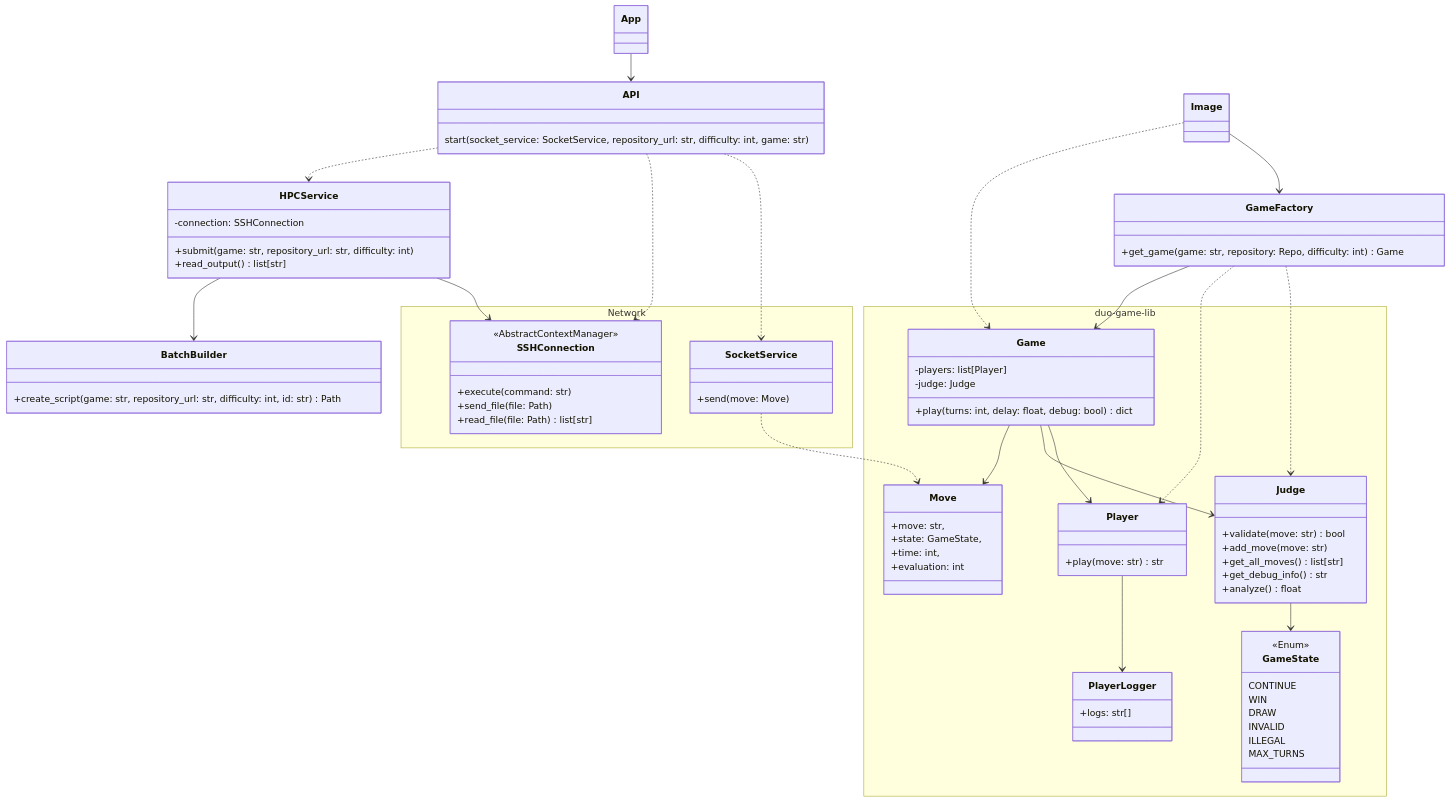
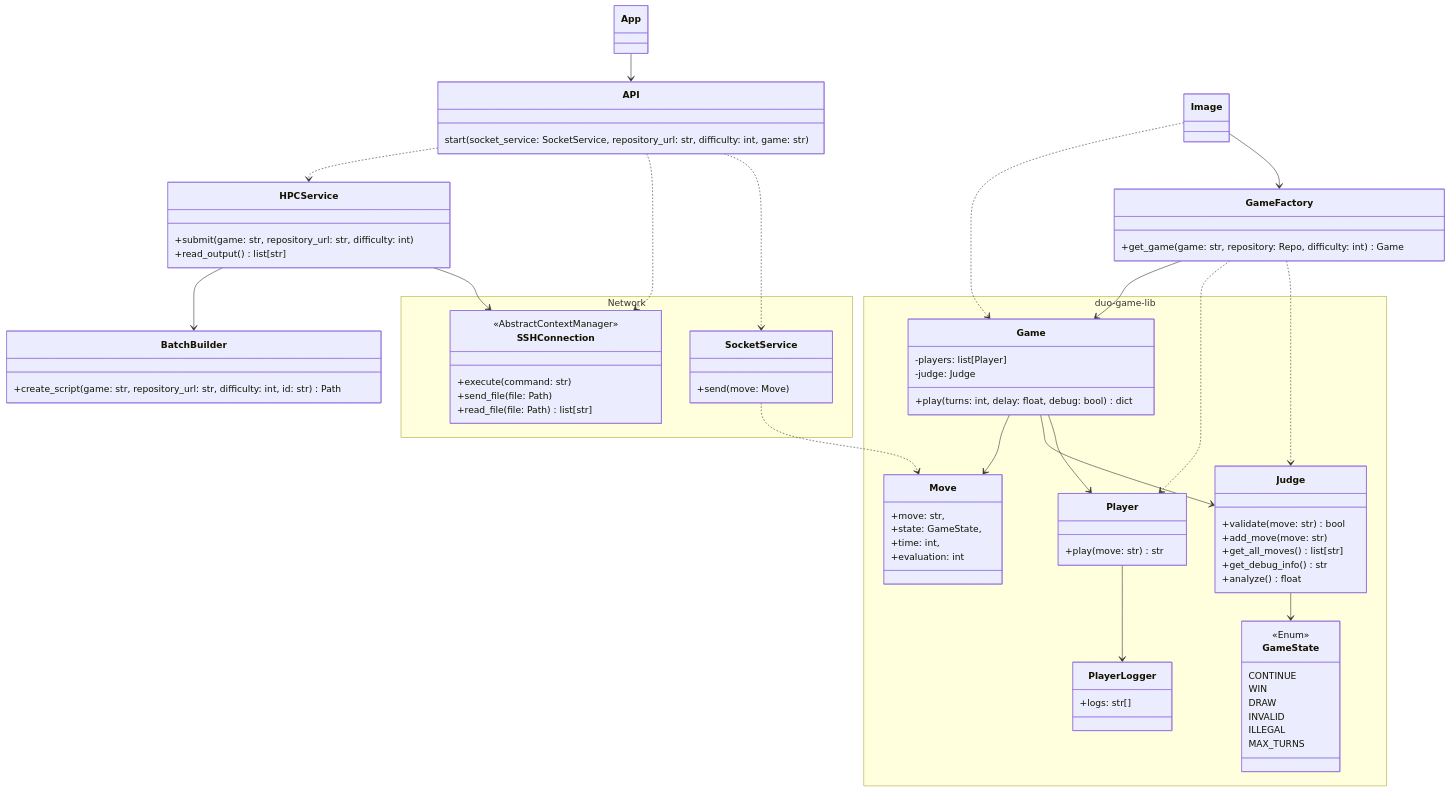
Before and after one commit to game-ai-platform-team/tira-ai-platform: the third of 5 diagrams in docs/architecture.md, drawn with Mermaid.

Commit message:
docs(#111): Remove private member HPCService.connection

```diff
--- a/docs/architecture.md
+++ b/docs/architecture.md
@@ -153,8 +153,6 @@
 }
 
 class HPCService {
-    -connection: SSHConnection
-
     +submit(game: str, repository_url: str, difficulty: int)
     +read_output() list[str]
 }
```
